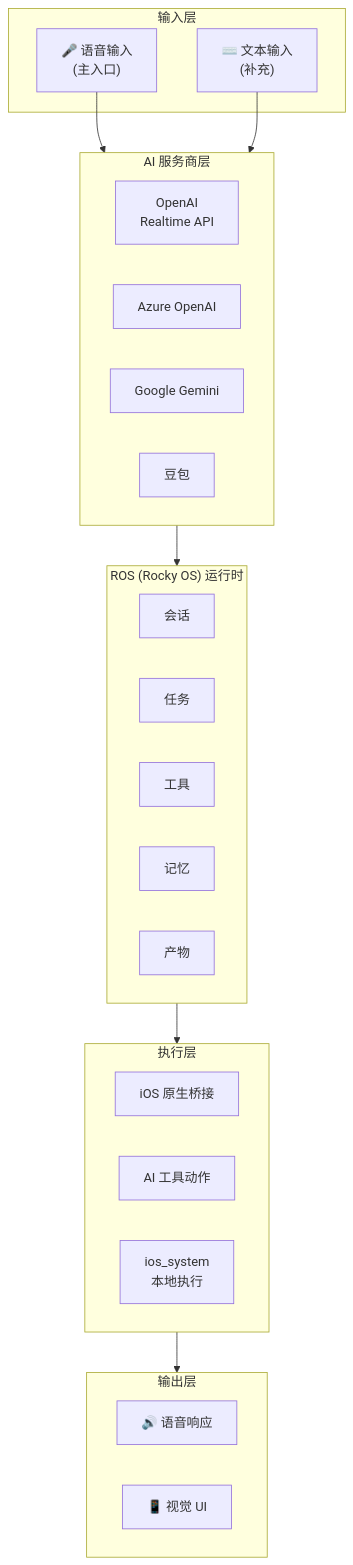
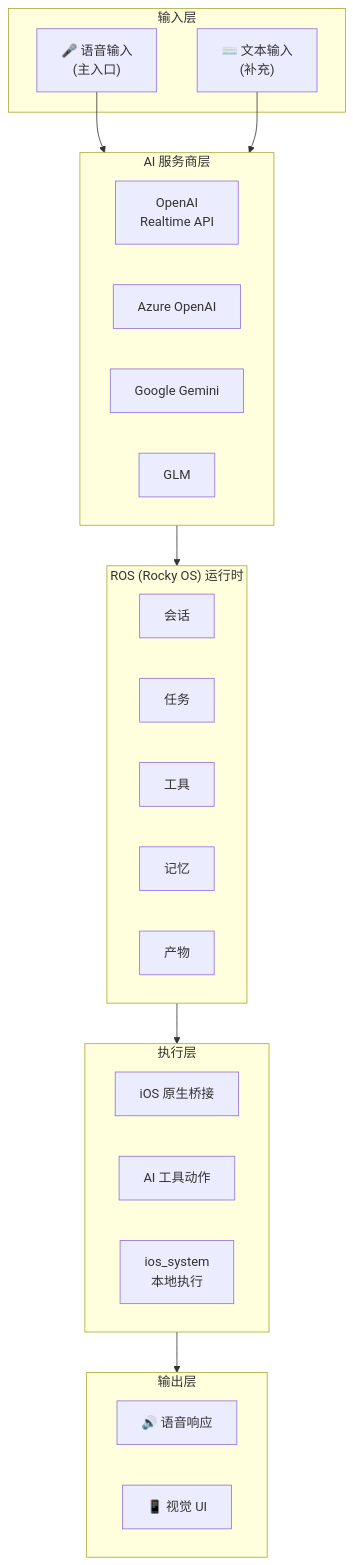
Before and after one commit to openrocky/openrocky.github.io: the first of 4 diagrams in i18n/zh-Hans/docusaurus-plugin-content-docs/current/architecture.md, drawn with Mermaid. The commit also changed other lines of this file and 7 other files, not shown here.

````diff
--- a/i18n/zh-Hans/docusaurus-plugin-content-docs/current/architecture.md
+++ b/i18n/zh-Hans/docusaurus-plugin-content-docs/current/architecture.md
@@ -13,39 +13,39 @@
 ```mermaid
 graph TB
     subgraph Input["输入层"]
         Voice["🎤 语音输入<br/>(主入口)"]
         Text["⌨️ 文本输入<br/>(补充)"]
     end
 
     subgraph Provider["AI 服务商层"]
         OpenAI["OpenAI<br/>Realtime API"]
         Azure["Azure OpenAI"]
         Gemini["Google Gemini"]
-        Doubao["豆包"]
+        GLM["GLM"]
     end
 
     subgraph ROS["ROS (Rocky OS) 运行时"]
         Session["会话"]
         Task["任务"]
         Tools["工具"]
         Memory["记忆"]
         Artifacts["产物"]
     end
 
     subgraph Execution["执行层"]
         Bridge["iOS 原生桥接"]
         AITool["AI 工具动作"]
         Local["ios_system<br/>本地执行"]
     end
 
     subgraph Output["输出层"]
         VoiceOut["🔊 语音响应"]
         Visual["📱 视觉 UI"]
     end
 
     Voice --> Provider
     Text --> Provider
     Provider --> ROS
     ROS --> Execution
     Execution --> Output
 ```
````
